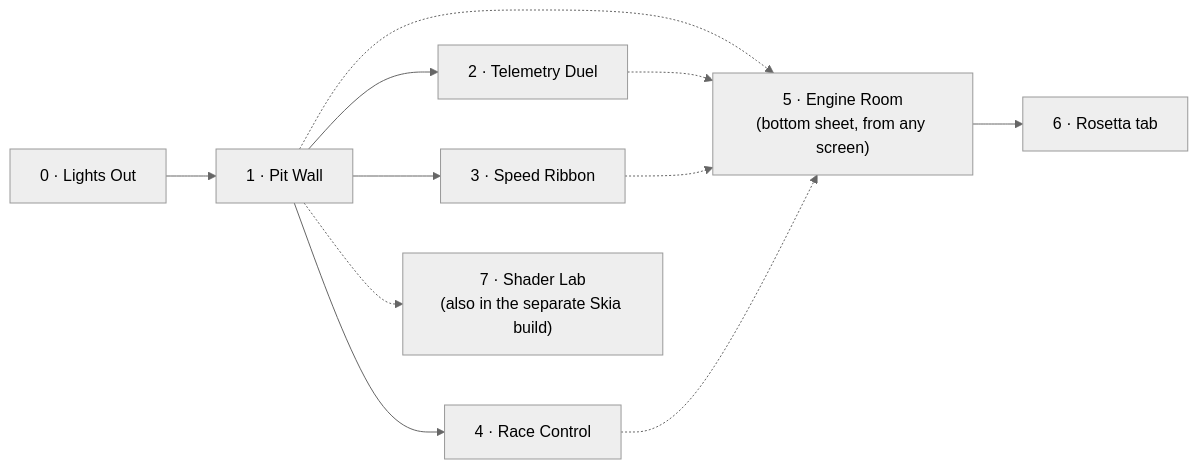
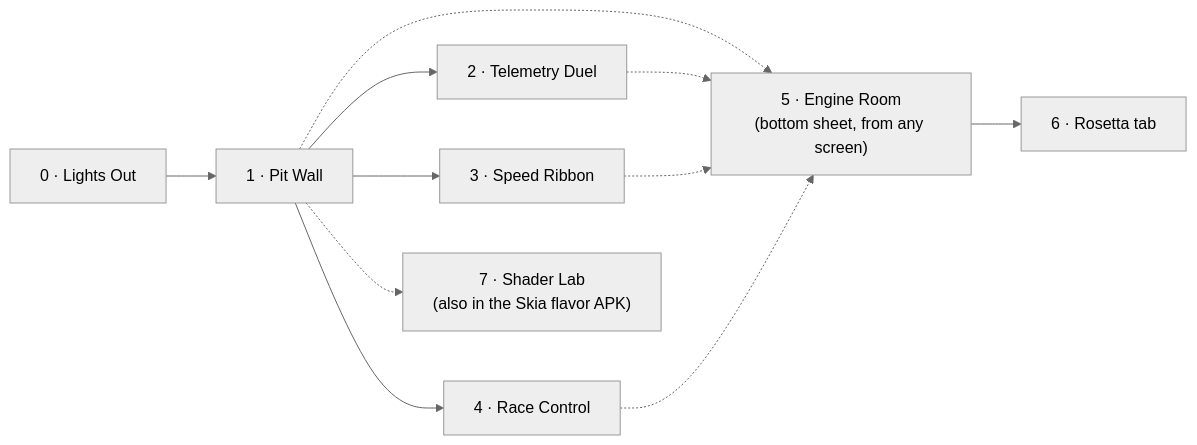
Before and after one commit to cm-collins/fluttercon-demo-app: the first of 2 diagrams in docs/design/screens.md, drawn with Mermaid (neutral theme). The commit also changed other lines of this file and 21 other files, not shown here.

````diff
--- a/docs/design/screens.md
+++ b/docs/design/screens.md
@@ -8,13 +8,13 @@
 ```mermaid
 flowchart LR
     lights["0 · Lights Out"] --> pitwall["1 · Pit Wall"]
     pitwall --> duel["2 · Telemetry Duel"]
     pitwall --> ribbon["3 · Speed Ribbon"]
     pitwall --> control["4 · Race Control"]
     pitwall -.-> room["5 · Engine Room<br/>(bottom sheet, from any screen)"]
     duel -.-> room
     ribbon -.-> room
     control -.-> room
     room --> rosetta["6 · Rosetta tab"]
-    pitwall -.-> lab["7 · Shader Lab<br/>(also in the separate Skia build)"]
+    pitwall -.-> lab["7 · Shader Lab<br/>(also in the Skia flavor APK)"]
 ```
````
